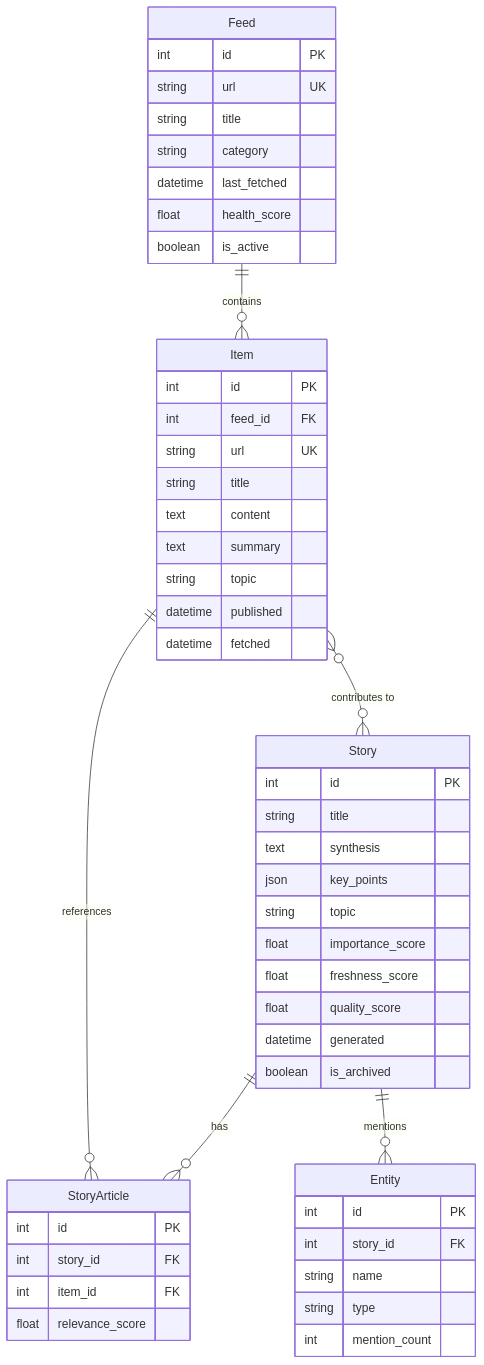
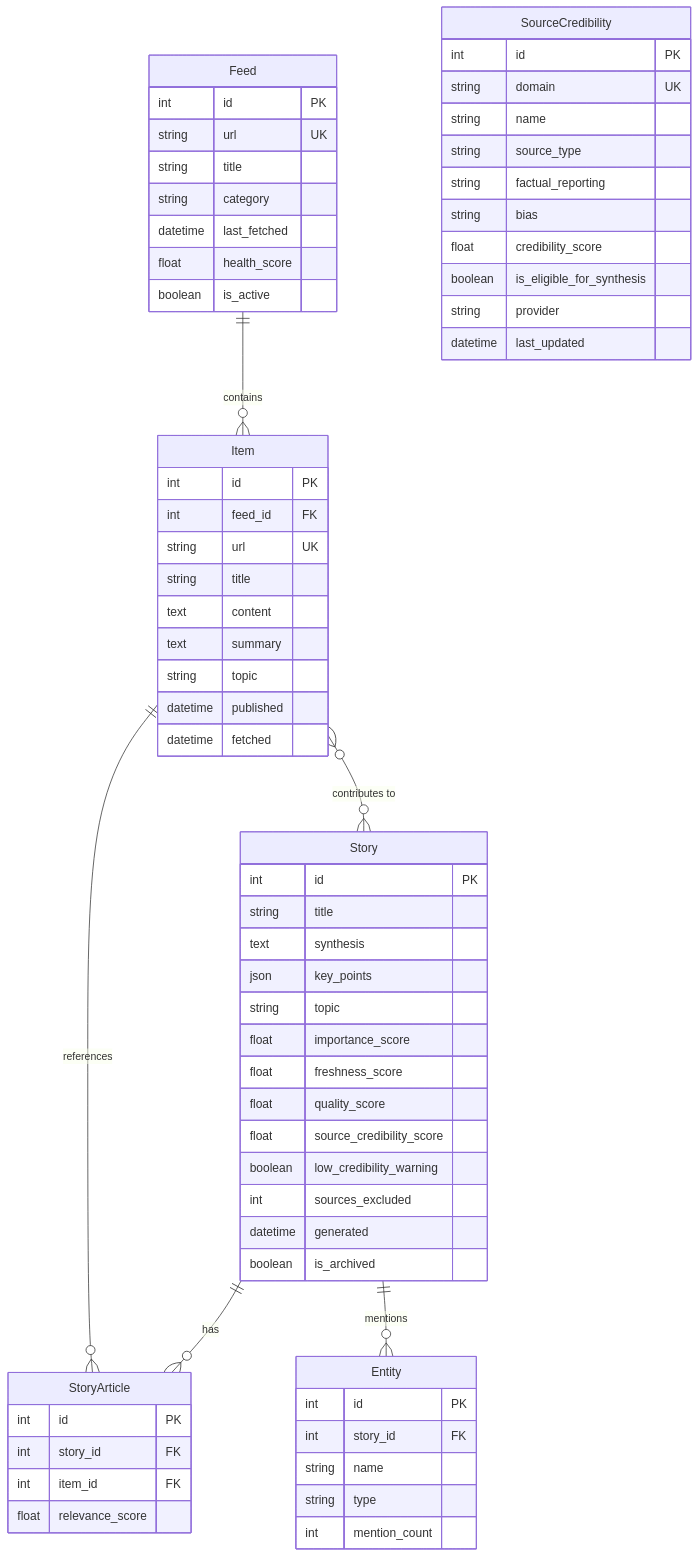
The fifth of 11 diagrams in docs/ARCHITECTURE.md (Deim0s13/newsbrief), drawn with Mermaid before and after one commit. The commit also changed other lines of this file and 1 other file, not shown here.

Commit message:
docs: add source credibility to architecture and API documentation
Architecture document (v1.3):
- Add FR-12a for external credibility ratings
- Add Credibility Service to components table
- Add source_credibility table to ER diagram
- Add credibility fields to Story entity
- Add ADR-0028 to decision log
- Add Source Credibility to glossary

API documentation:
- Add Source Credibility API section with all endpoints
- Document credibility lookup, stats, and refresh endpoints
- Document credibility fields in story responses
- Document scoring system and source eligibility rules

````diff
--- a/docs/ARCHITECTURE.md
+++ b/docs/ARCHITECTURE.md
@@ -528,58 +530,74 @@
 ```mermaid
 erDiagram
     Feed ||--o{ Item : contains
     Item }o--o{ Story : "contributes to"
     Story ||--o{ StoryArticle : has
     Item ||--o{ StoryArticle : references
     Story ||--o{ Entity : mentions
 
     Feed {
         int id PK
         string url UK
         string title
         string category
         datetime last_fetched
         float health_score
         boolean is_active
     }
 
     Item {
         int id PK
         int feed_id FK
         string url UK
         string title
         text content
         text summary
         string topic
         datetime published
         datetime fetched
     }
 
     Story {
         int id PK
         string title
         text synthesis
         json key_points
         string topic
         float importance_score
         float freshness_score
         float quality_score
+        float source_credibility_score
+        boolean low_credibility_warning
+        int sources_excluded
         datetime generated
         boolean is_archived
     }
 
     StoryArticle {
         int id PK
         int story_id FK
         int item_id FK
         float relevance_score
     }
 
     Entity {
         int id PK
         int story_id FK
         string name
         string type
         int mention_count
     }
+
+    SourceCredibility {
+        int id PK
+        string domain UK
+        string name
+        string source_type
+        string factual_reporting
+        string bias
+        float credibility_score
+        boolean is_eligible_for_synthesis
+        string provider
+        datetime last_updated
+    }
 ```
````
